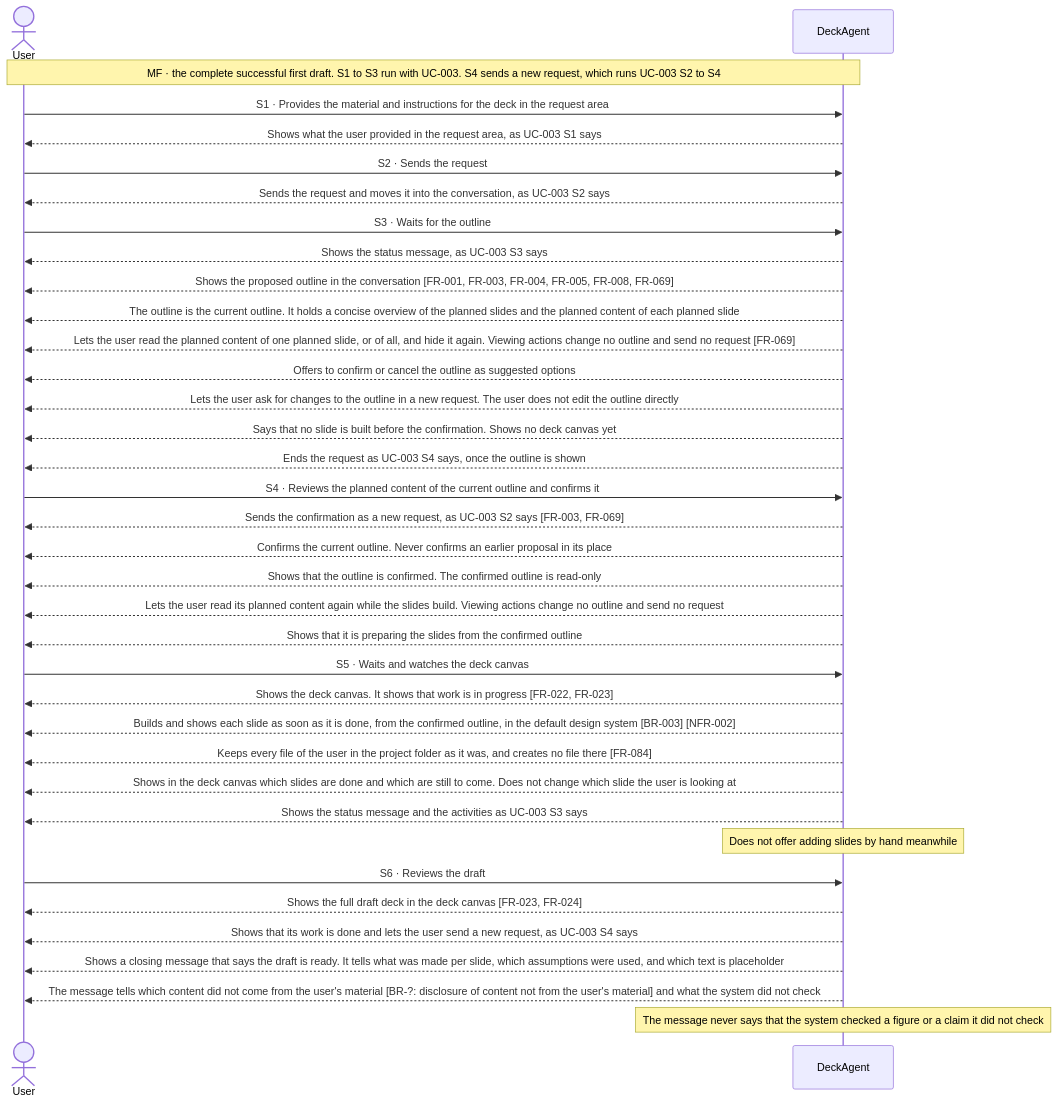
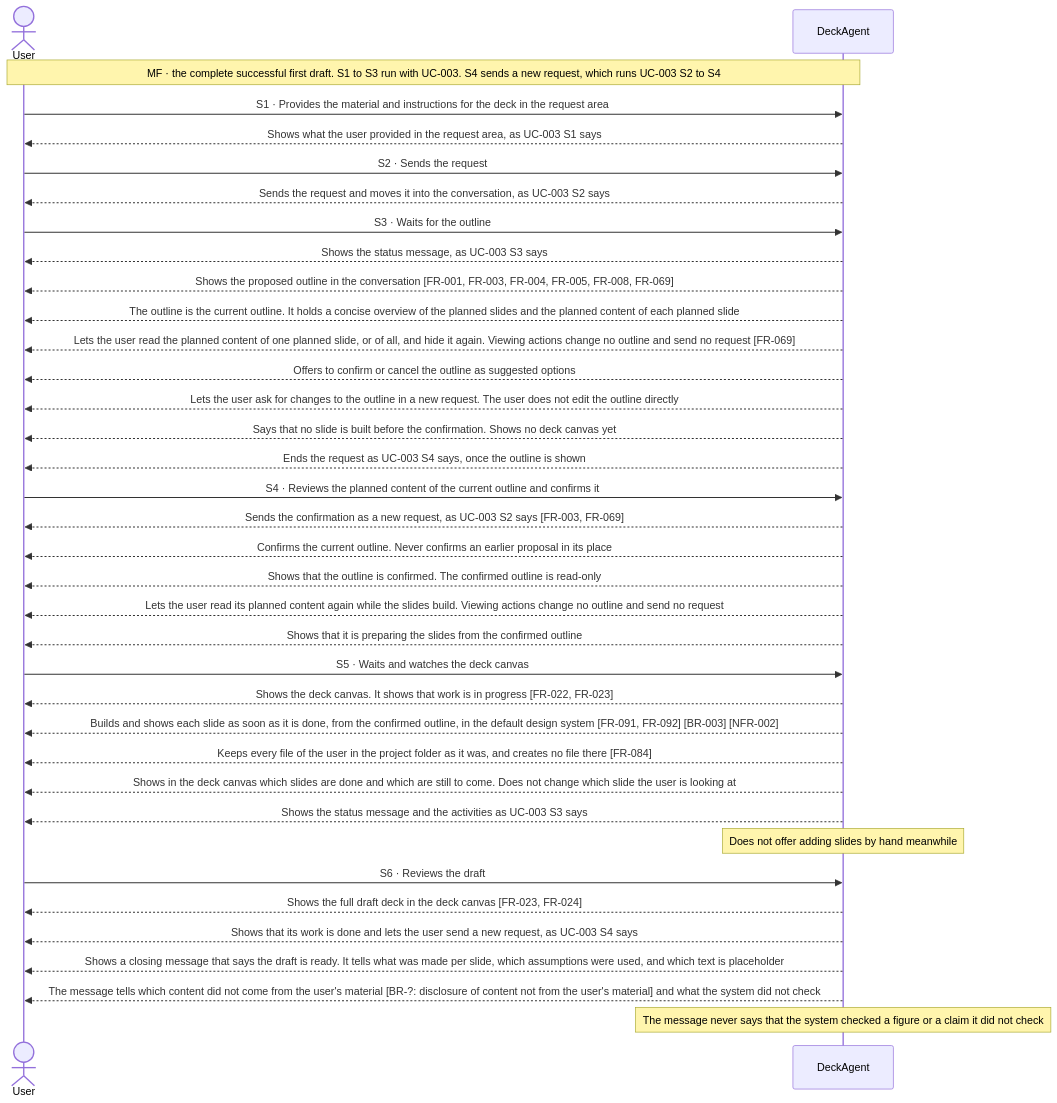
One commit to Luke23127006/DeckAgent changed the first of 23 diagrams in docs/spec/03-use-cases/UC-001.md. Above: the diagram before and after it, drawn with Mermaid. The commit also changed other lines of this file and 7 other files, not shown here.

````diff
--- a/docs/spec/03-use-cases/UC-001.md
+++ b/docs/spec/03-use-cases/UC-001.md
@@ -44,38 +44,38 @@
 ```mermaid
 sequenceDiagram
     actor User
     participant DeckAgent
     Note over User,DeckAgent: MF · the complete successful first draft. S1 to S3 run with UC-003. S4 sends a new request, which runs UC-003 S2 to S4
     User->>DeckAgent: S1 · Provides the material and instructions for the deck in the request area
     DeckAgent-->>User: Shows what the user provided in the request area, as UC-003 S1 says
     User->>DeckAgent: S2 · Sends the request
     DeckAgent-->>User: Sends the request and moves it into the conversation, as UC-003 S2 says
     User->>DeckAgent: S3 · Waits for the outline
     DeckAgent-->>User: Shows the status message, as UC-003 S3 says
     DeckAgent-->>User: Shows the proposed outline in the conversation [FR-001, FR-003, FR-004, FR-005, FR-008, FR-069]
     DeckAgent-->>User: The outline is the current outline. It holds a concise overview of the planned slides and the planned content of each planned slide
     DeckAgent-->>User: Lets the user read the planned content of one planned slide, or of all, and hide it again. Viewing actions change no outline and send no request [FR-069]
     DeckAgent-->>User: Offers to confirm or cancel the outline as suggested options
     DeckAgent-->>User: Lets the user ask for changes to the outline in a new request. The user does not edit the outline directly
     DeckAgent-->>User: Says that no slide is built before the confirmation. Shows no deck canvas yet
     DeckAgent-->>User: Ends the request as UC-003 S4 says, once the outline is shown
     User->>DeckAgent: S4 · Reviews the planned content of the current outline and confirms it
     DeckAgent-->>User: Sends the confirmation as a new request, as UC-003 S2 says [FR-003, FR-069]
     DeckAgent-->>User: Confirms the current outline. Never confirms an earlier proposal in its place
     DeckAgent-->>User: Shows that the outline is confirmed. The confirmed outline is read-only
     DeckAgent-->>User: Lets the user read its planned content again while the slides build. Viewing actions change no outline and send no request
     DeckAgent-->>User: Shows that it is preparing the slides from the confirmed outline
     User->>DeckAgent: S5 · Waits and watches the deck canvas
     DeckAgent-->>User: Shows the deck canvas. It shows that work is in progress [FR-022, FR-023]
-    DeckAgent-->>User: Builds and shows each slide as soon as it is done, from the confirmed outline, in the default design system [BR-003] [NFR-002]
+    DeckAgent-->>User: Builds and shows each slide as soon as it is done, from the confirmed outline, in the default design system [FR-091, FR-092] [BR-003] [NFR-002]
     DeckAgent-->>User: Keeps every file of the user in the project folder as it was, and creates no file there [FR-084]
     DeckAgent-->>User: Shows in the deck canvas which slides are done and which are still to come. Does not change which slide the user is looking at
     DeckAgent-->>User: Shows the status message and the activities as UC-003 S3 says
     note over DeckAgent: Does not offer adding slides by hand meanwhile
     User->>DeckAgent: S6 · Reviews the draft
     DeckAgent-->>User: Shows the full draft deck in the deck canvas [FR-023, FR-024]
     DeckAgent-->>User: Shows that its work is done and lets the user send a new request, as UC-003 S4 says
     DeckAgent-->>User: Shows a closing message that says the draft is ready. It tells what was made per slide, which assumptions were used, and which text is placeholder
     DeckAgent-->>User: The message tells which content did not come from the user's material [BR-?: disclosure of content not from the user's material] and what the system did not check
     note over DeckAgent: The message never says that the system checked a figure or a claim it did not check
 ```
````
